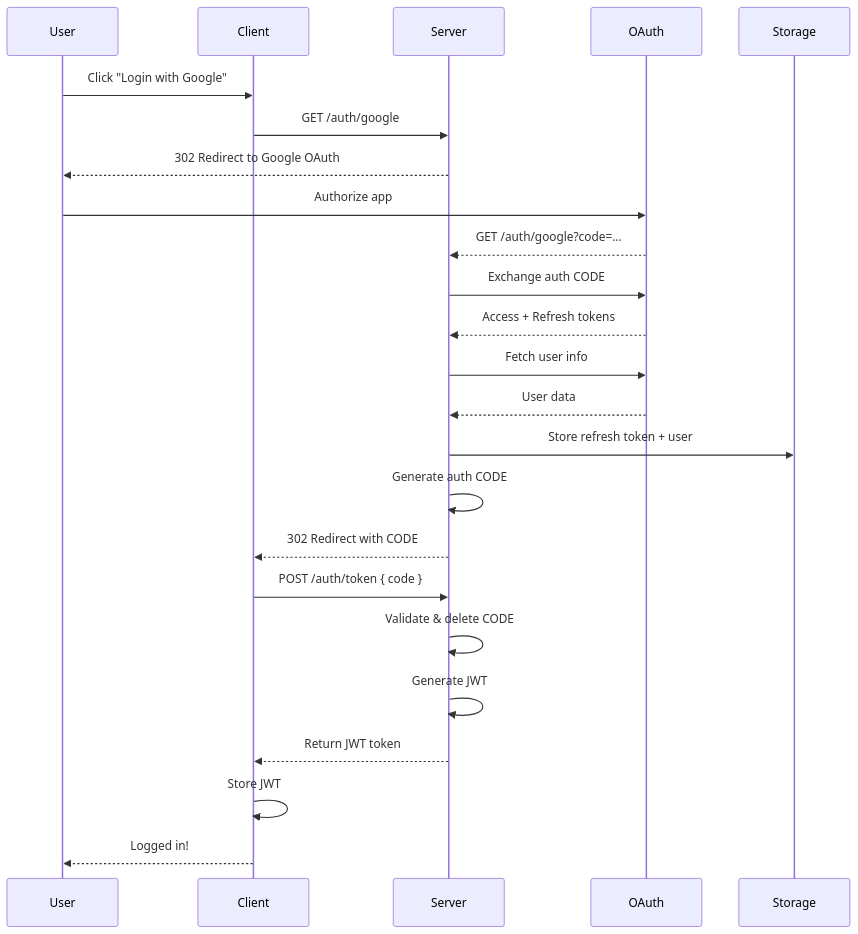
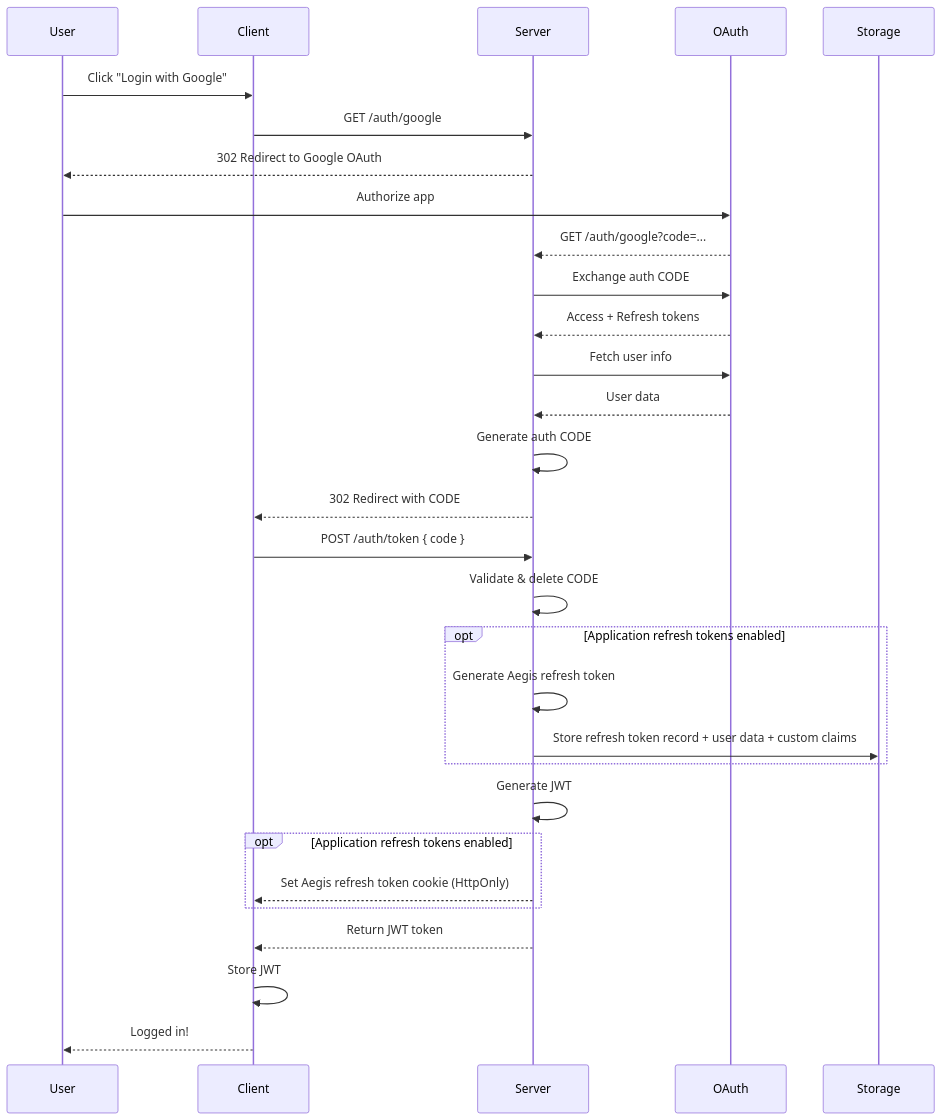
Before and after one commit to peterbud/nuxt-aegis: the second of 7 diagrams in docs/architecture/index.md, drawn with Mermaid. The commit also changed other lines of this file and 4 other files, not shown here.

Commit message:
docs: refactor and review all architecture docs

````diff
--- a/docs/architecture/index.md
+++ b/docs/architecture/index.md
@@ -49,27 +49,33 @@
 ```mermaid
 sequenceDiagram
     participant User
     participant Client
     participant Server
     participant OAuth
     participant Storage
 
     User->>Client: Click "Login with Google"
     Client->>Server: GET /auth/google
     Server-->>User: 302 Redirect to Google OAuth
     User->>OAuth: Authorize app
     OAuth-->>Server: GET /auth/google?code=...
     Server->>OAuth: Exchange auth CODE
     OAuth-->>Server: Access + Refresh tokens
     Server->>OAuth: Fetch user info
     OAuth-->>Server: User data
-    Server->>Storage: Store refresh token + user
     Server->>Server: Generate auth CODE
     Server-->>Client: 302 Redirect with CODE
     Client->>Server: POST /auth/token { code }
     Server->>Server: Validate & delete CODE
+    opt Application refresh tokens enabled
+        Server->>Server: Generate Aegis refresh token
+        Server->>Storage: Store refresh token record + user data + custom claims
+    end
     Server->>Server: Generate JWT
+    opt Application refresh tokens enabled
+        Server-->>Client: Set Aegis refresh token cookie (HttpOnly)
+    end
     Server-->>Client: Return JWT token
     Client->>Client: Store JWT
     Client-->>User: Logged in!
 ```
````
